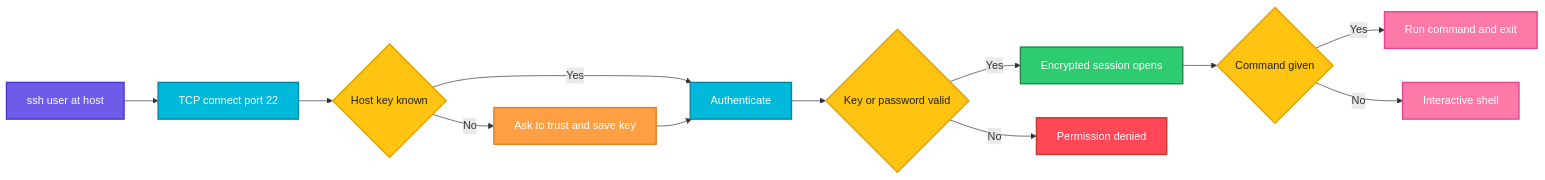
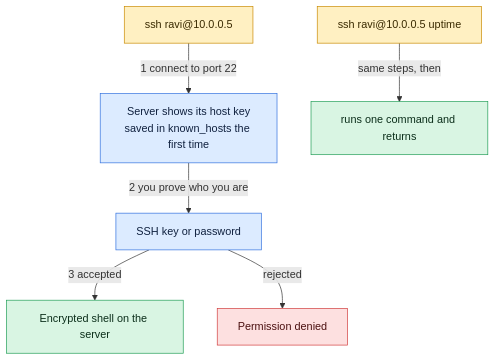
Before and after one commit to codeKerdosTech/DevOps-Documentation: the diagram in linux/networking/ssh.md, drawn with Mermaid. The commit also changed other lines of this file and 165 other files, not shown here.

Commit message:
updated diagrams in linux

````diff
--- a/linux/networking/ssh.md
+++ b/linux/networking/ssh.md
@@ -14,28 +14,17 @@
 ```mermaid
-flowchart LR
-    A[ssh user at host] --> B[TCP connect port 22]
-    B --> C{Host key known}
-    C -->|No| D[Ask to trust and save key]
-    C -->|Yes| E[Authenticate]
-    D --> E
-    E --> F{Key or password valid}
-    F -->|Yes| G[Encrypted session opens]
-    F -->|No| H[Permission denied]
-    G --> I{Command given}
-    I -->|Yes| J[Run command and exit]
-    I -->|No| K[Interactive shell]
-    classDef start fill:#6C5CE7,stroke:#4834D4,stroke-width:2px,color:#fff
-    classDef proc fill:#00B8D9,stroke:#0087A8,stroke-width:2px,color:#fff
-    classDef dec fill:#FFC312,stroke:#E1A100,stroke-width:2px,color:#222
-    classDef ok fill:#2ECC71,stroke:#1E8449,stroke-width:2px,color:#fff
-    classDef err fill:#FF4757,stroke:#C0392B,stroke-width:2px,color:#fff
-    classDef out fill:#FD79A8,stroke:#E84393,stroke-width:2px,color:#fff
-    classDef alt fill:#FF9F43,stroke:#E67E22,stroke-width:2px,color:#fff
-    class A start
-    class B,E proc
-    class C,F,I dec
-    class D alt
-    class G ok
-    class H err
-    class J,K out
+flowchart TD
+    c1[ssh ravi@10.0.0.5] -->|1 connect to port 22| i1[Server shows its host key<br/>saved in known_hosts the first time]
+    i1 -->|2 you prove who you are| i2[SSH key or password]
+    i2 -->|3 accepted| o1[Encrypted shell on the server]
+    i2 -->|rejected| x1[Permission denied]
+    c2[ssh ravi@10.0.0.5 uptime] -->|same steps, then| o2[runs one command and returns]
+    classDef inp fill:#DCEBFF,stroke:#2F6FDE,color:#10213F
+    classDef cmd fill:#FFF0C2,stroke:#C98A00,color:#3A2A00
+    classDef out fill:#D9F5E3,stroke:#1F9D55,color:#0B2E1A
+    classDef bad fill:#FDE0E0,stroke:#D13B3B,color:#4A0F0F
+    classDef note fill:#ECEFF3,stroke:#7B8794,color:#1F2933
+    class c1,c2 cmd
+    class i1,i2 inp
+    class o1,o2 out
+    class x1 bad
 ```
````
